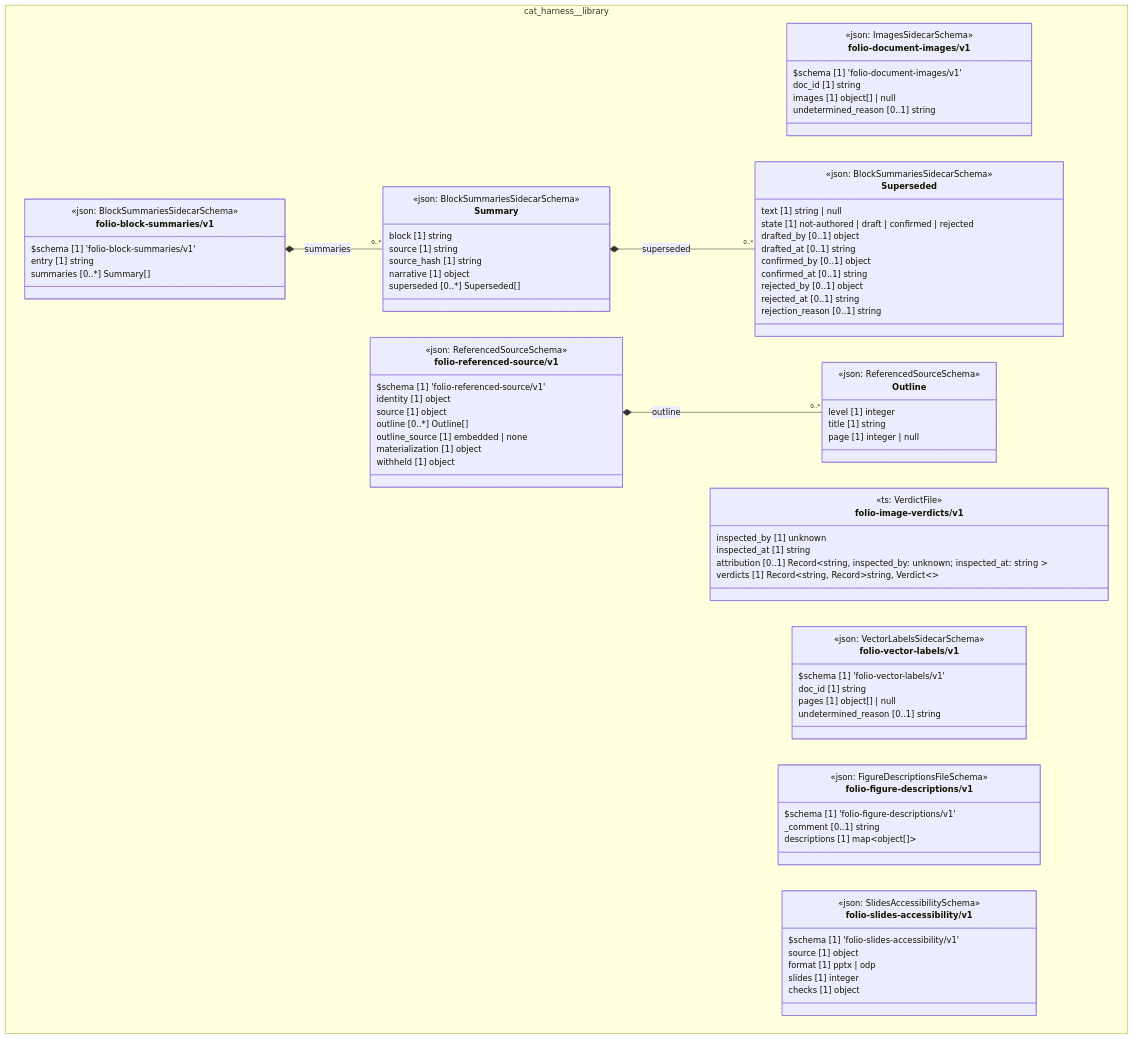
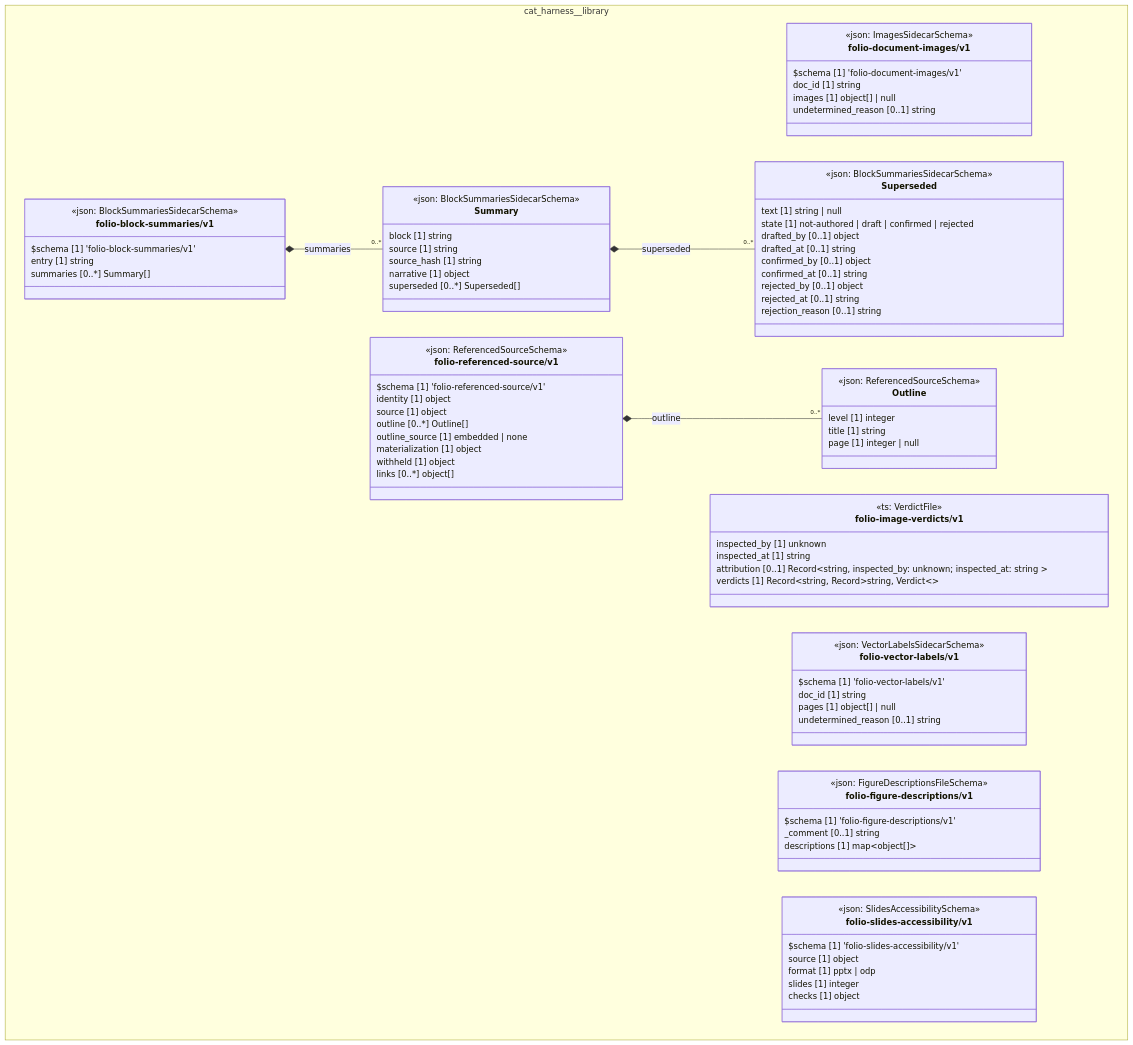
Before and after one commit to litlfred/folio-assistant: the diagram in cat-harness/docs/uml/overview/cat-harness/library.md, drawn with Mermaid. The commit also changed 293 other files, not shown here.

```diff
--- a/cat-harness/docs/uml/overview/cat-harness/library.md
+++ b/cat-harness/docs/uml/overview/cat-harness/library.md
@@ -119,6 +119,7 @@
       outline_source [1] embedded | none
       materialization [1] object
       withheld [1] object
+      links [0..*] object[]
     }
   }
   cat_harness_library_folio_block_summaries_v1_Summary *-- "0..*" cat_harness_library_folio_block_summaries_v1_Superseded : superseded
```
